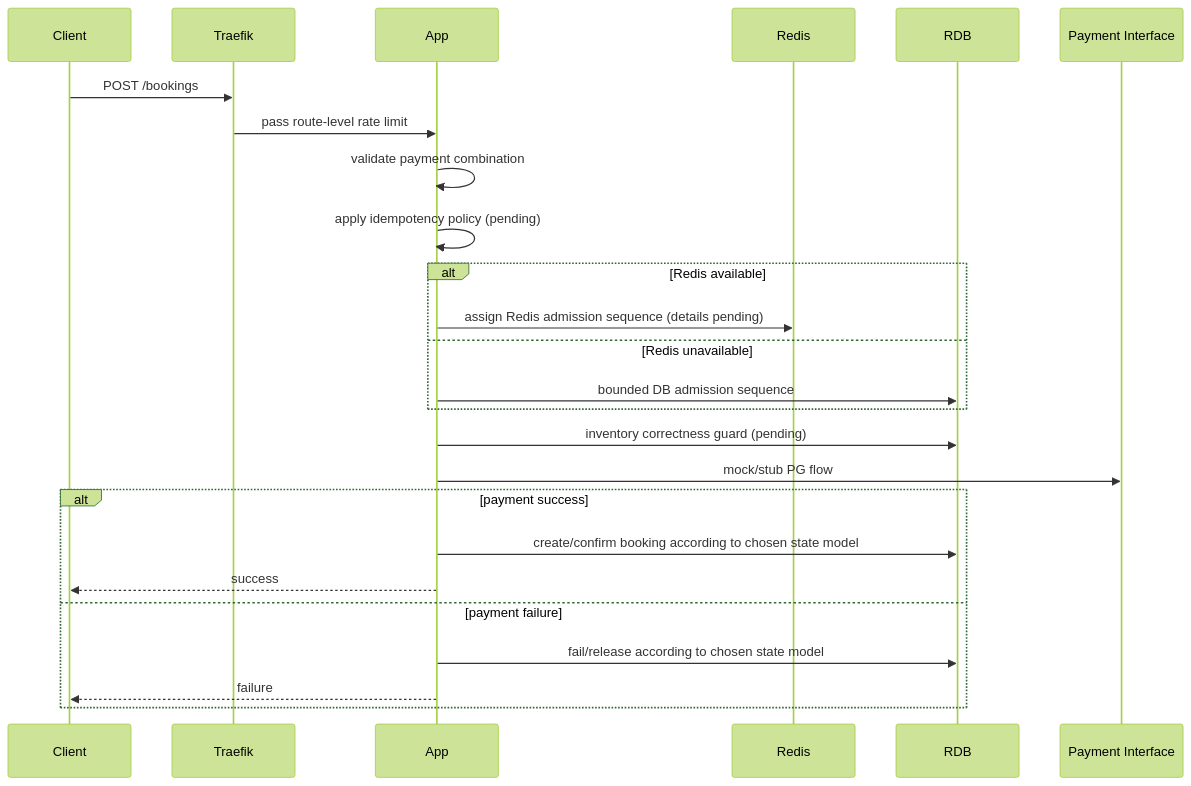
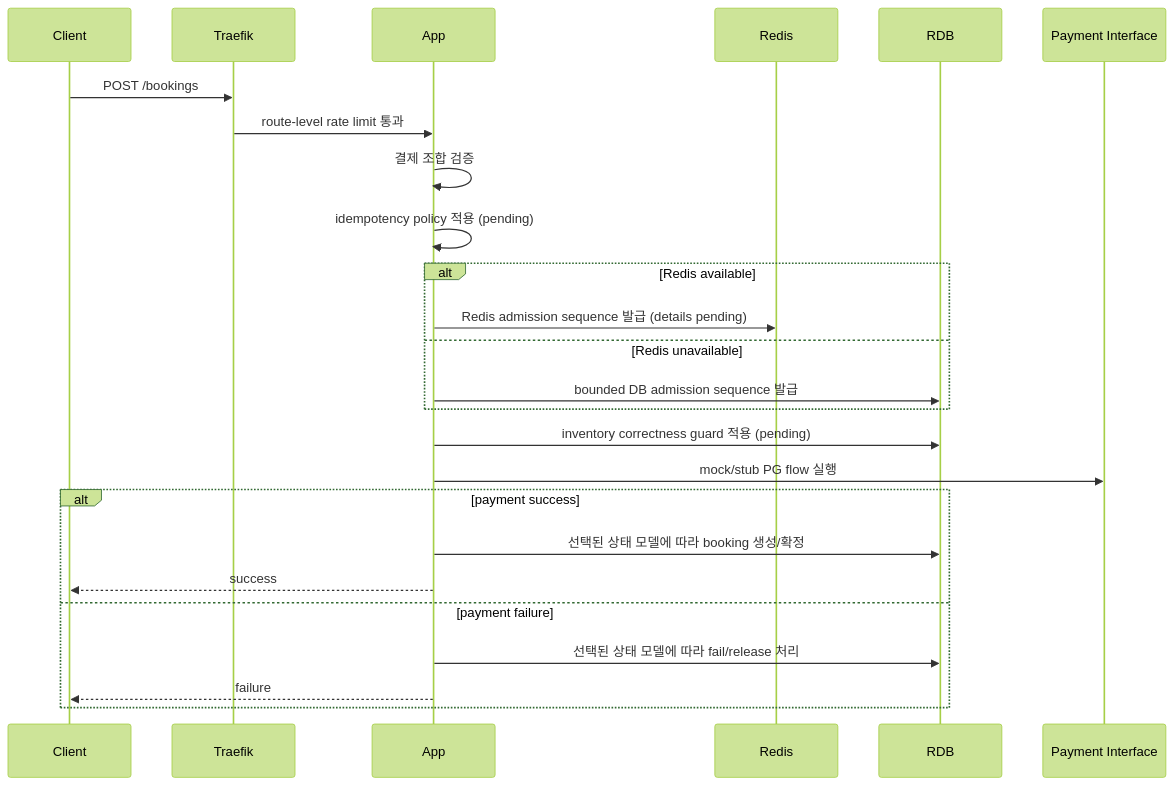
One commit to lsh1215/peak-booking-system changed the fourth of 5 diagrams in docs/system-design/sdd.md. Above: the diagram before and after it, drawn with Mermaid (forest theme). The commit also changed other lines of this file and 5 other files, not shown here.

````diff
--- a/docs/system-design/sdd.md
+++ b/docs/system-design/sdd.md
@@ -258,28 +258,28 @@
 ```mermaid
 sequenceDiagram
     participant C as Client
     participant T as Traefik
     participant A as App
     participant R as Redis
     participant D as RDB
     participant P as Payment Interface
 
     C->>T: POST /bookings
-    T->>A: pass route-level rate limit
-    A->>A: validate payment combination
-    A->>A: apply idempotency policy (pending)
+    T->>A: route-level rate limit 통과
+    A->>A: 결제 조합 검증
+    A->>A: idempotency policy 적용 (pending)
     alt Redis available
-        A->>R: assign Redis admission sequence (details pending)
+        A->>R: Redis admission sequence 발급 (details pending)
     else Redis unavailable
-        A->>D: bounded DB admission sequence
+        A->>D: bounded DB admission sequence 발급
     end
-    A->>D: inventory correctness guard (pending)
-    A->>P: mock/stub PG flow
+    A->>D: inventory correctness guard 적용 (pending)
+    A->>P: mock/stub PG flow 실행
     alt payment success
-        A->>D: create/confirm booking according to chosen state model
+        A->>D: 선택된 상태 모델에 따라 booking 생성/확정
         A-->>C: success
     else payment failure
-        A->>D: fail/release according to chosen state model
+        A->>D: 선택된 상태 모델에 따라 fail/release 처리
         A-->>C: failure
     end
 ```
````
